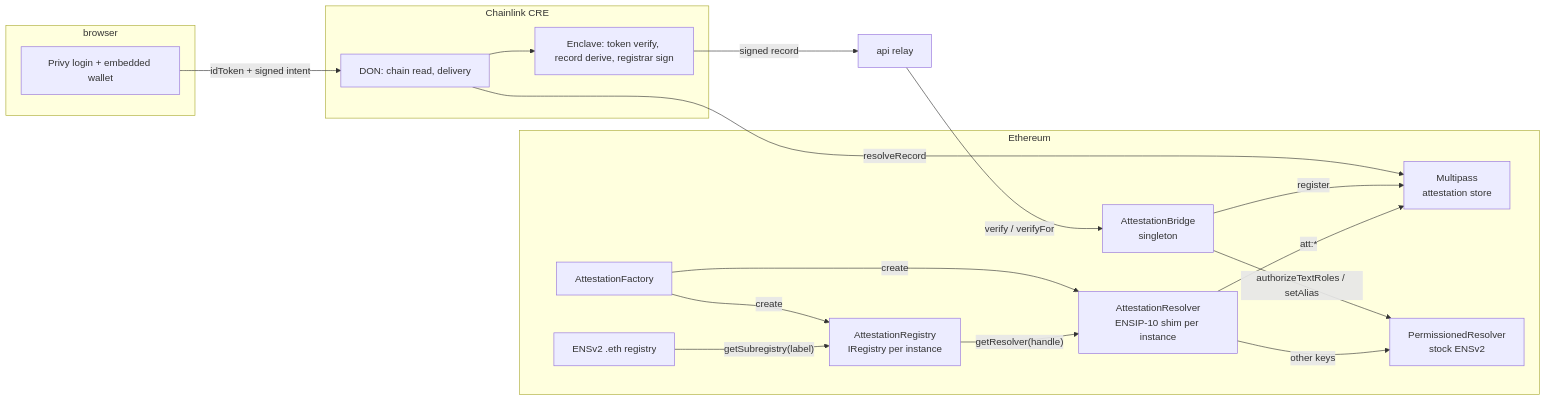
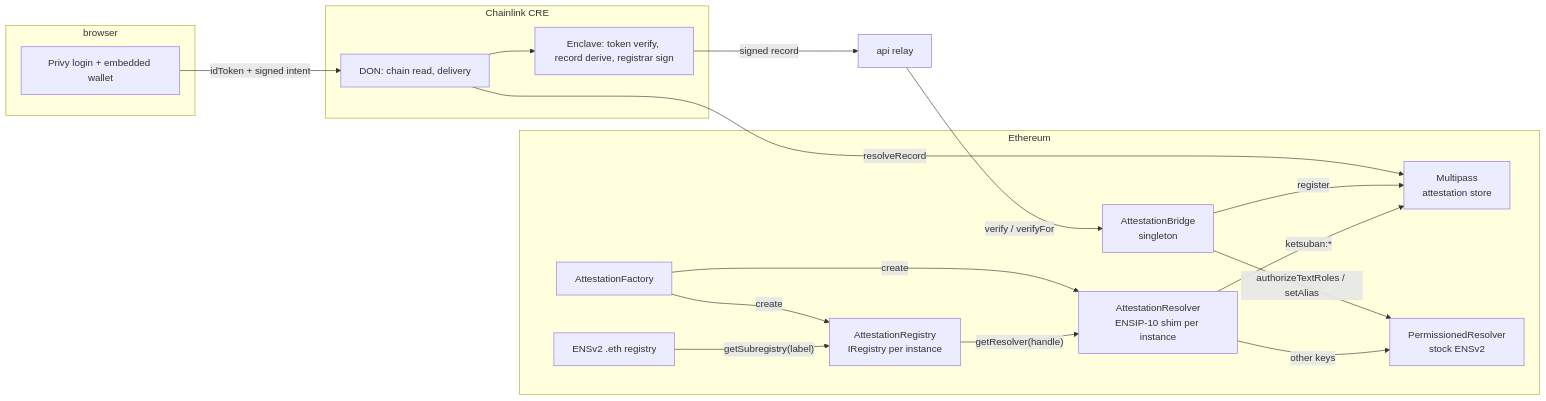
The diagram in docs/architecture.md (lamtrinh259/ETHGlobal_Online_2026), drawn with Mermaid before and after one commit. The commit also changed other lines of this file and 33 other files, not shown here.

````diff
--- a/docs/architecture.md
+++ b/docs/architecture.md
@@ -5,32 +5,32 @@
 ```mermaid
 flowchart LR
   subgraph browser
     P[Privy login + embedded wallet]
   end
   subgraph cre[Chainlink CRE]
     D[DON: chain read, delivery]
     T[Enclave: token verify, record derive, registrar sign]
   end
   subgraph chain[Ethereum]
     M[Multipass<br/>attestation store]
     F[AttestationFactory]
     R[AttestationRegistry<br/>IRegistry per instance]
     S[AttestationResolver<br/>ENSIP-10 shim per instance]
     B[AttestationBridge<br/>singleton]
     I[PermissionedResolver<br/>stock ENSv2]
     E[ENSv2 .eth registry]
   end
   A[api relay]
   P -- idToken + signed intent --> D
   D --> T
   D -- resolveRecord --> M
   T -- signed record --> A
   A -- verify / verifyFor --> B
   B -- register --> M
   B -- authorizeTextRoles / setAlias --> I
   F -- create --> R & S
   E -- getSubregistry(label) --> R
   R -- getResolver(handle) --> S
-  S -- att:* --> M
+  S -- ketsuban:* --> M
   S -- other keys --> I
 ```
````
